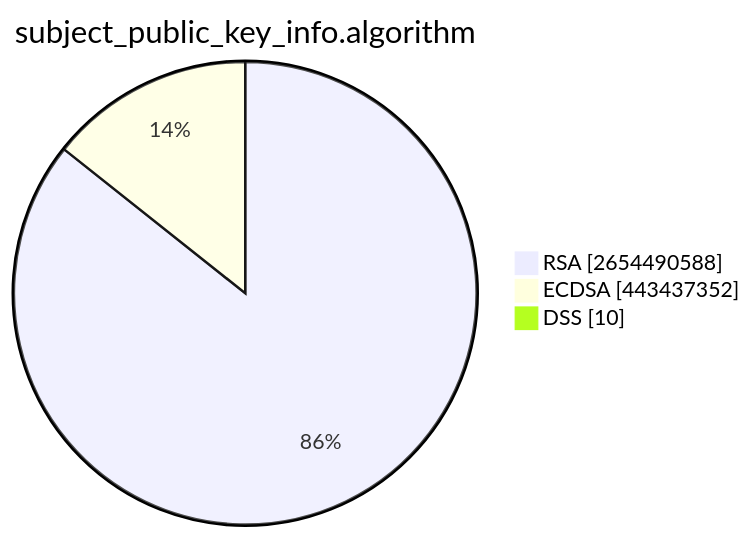
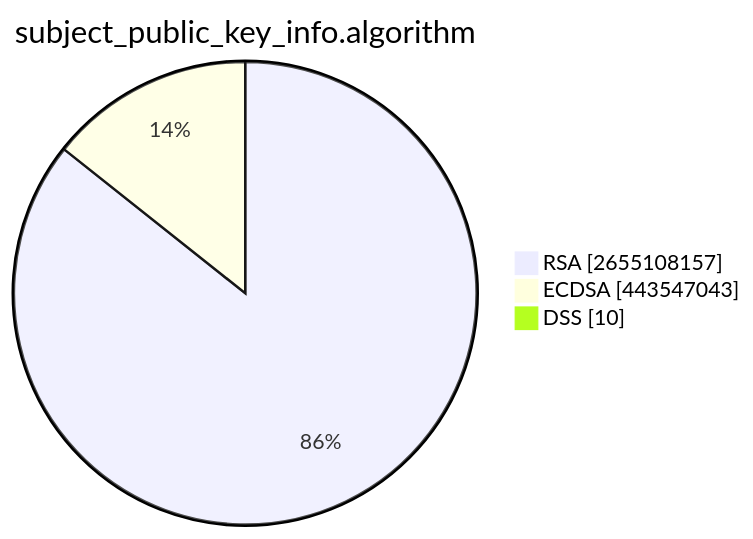
Before and after one commit to christiankrug/ctmonitor_visualization: the second of 15 diagrams in TOTAL/README.md, drawn with Mermaid. The commit also changed other lines of this file, not shown here.

````diff
--- a/TOTAL/README.md
+++ b/TOTAL/README.md
@@ -6,7 +6,7 @@
 ```mermaid
 pie showData
 title subject_public_key_info.algorithm
-"RSA" :2654490588
-"ECDSA" :443437352
+"RSA" :2655108157
+"ECDSA" :443547043
 "DSS" :10
 ```
````
